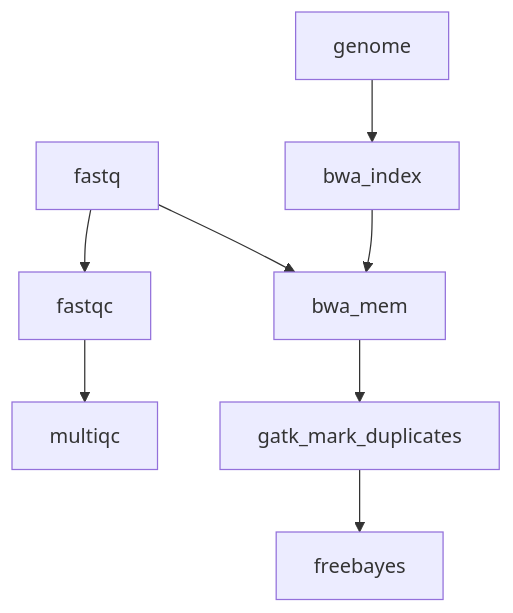
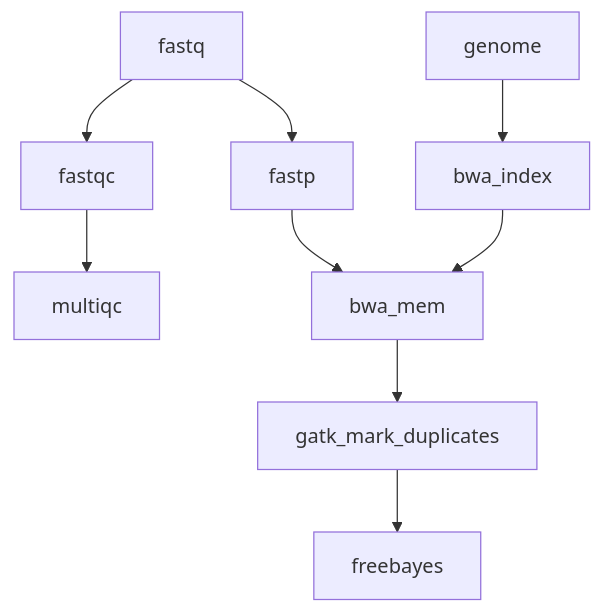
The diagram in README.md (marine-omics/movp), drawn with Mermaid before and after one commit. The commit also changed other lines of this file and 1 other file, not shown here.

````diff
--- a/README.md
+++ b/README.md
@@ -7,10 +7,11 @@
 ```mermaid
 graph TD;
 	fastq-->fastqc;
 	fastqc-->multiqc;
-	fastq-->bwa_mem;
+	fastq-->fastp;
+	fastp-->bwa_mem;
 	genome-->bwa_index;
 	bwa_index-->bwa_mem;
 	bwa_mem-->gatk_mark_duplicates;
 	gatk_mark_duplicates-->freebayes;
 ```
````
